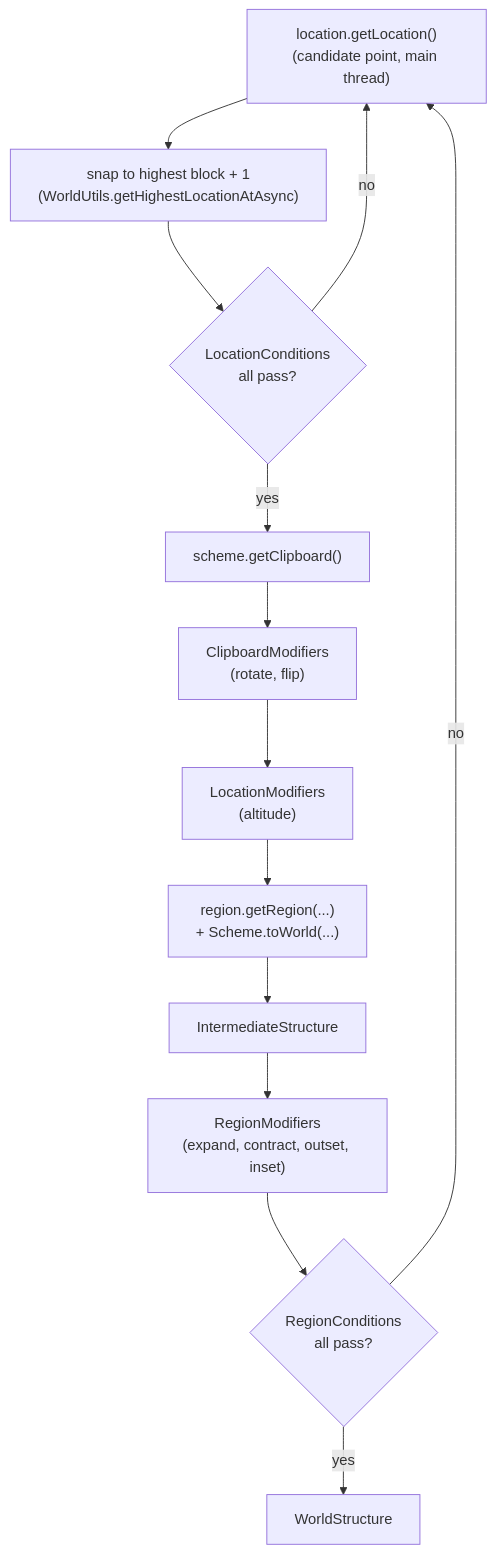
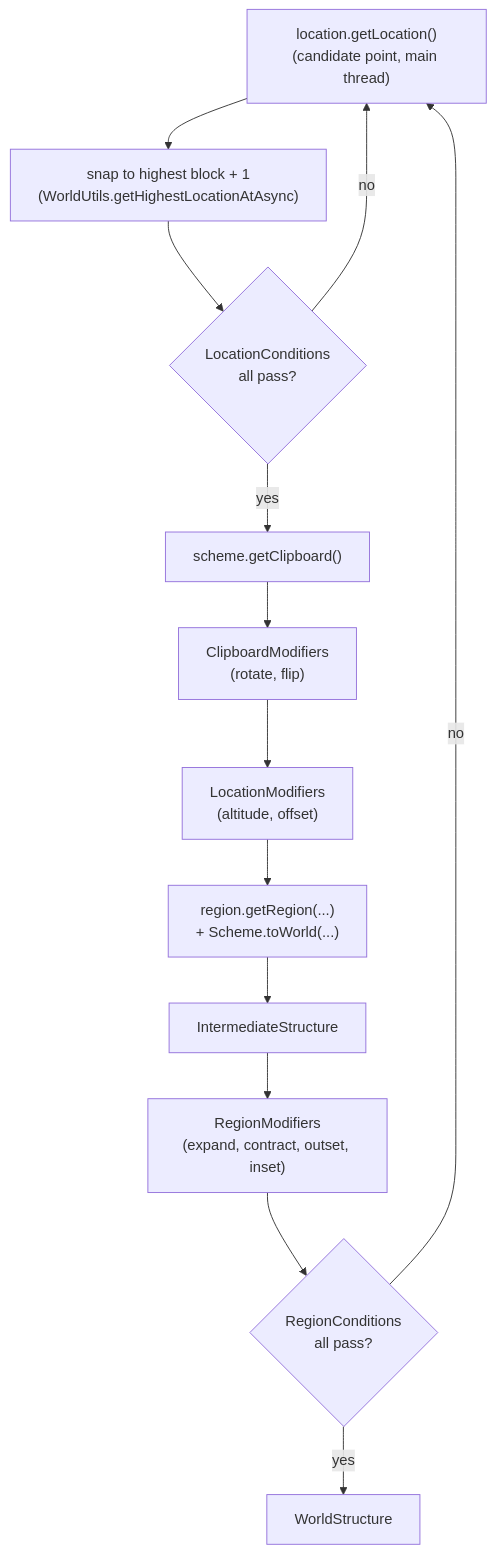
One commit to Wyne10/WUtils changed the diagram in docs/dev/structure/structure.md. Above: the diagram before and after it, drawn with Mermaid. The commit also changed other lines of this file and 7 other files, not shown here.

Commit message:
Implement offset location modifer

````diff
--- a/docs/dev/structure/structure.md
+++ b/docs/dev/structure/structure.md
@@ -75,15 +75,15 @@
 ```mermaid
 flowchart TD
     A["location.getLocation()\n(candidate point, main thread)"] --> B["snap to highest block + 1\n(WorldUtils.getHighestLocationAtAsync)"]
     B --> C{LocationConditions\nall pass?}
     C -- no --> A
     C -- yes --> D["scheme.getClipboard()"]
     D --> E["ClipboardModifiers\n(rotate, flip)"]
-    E --> F["LocationModifiers\n(altitude)"]
+    E --> F["LocationModifiers\n(altitude, offset)"]
     F --> G["region.getRegion(...)\n+ Scheme.toWorld(...)"]
     G --> H["IntermediateStructure"]
     H --> I["RegionModifiers\n(expand, contract, outset, inset)"]
     I --> J{RegionConditions\nall pass?}
     J -- no --> A
     J -- yes --> K["WorldStructure"]
 ```
````
